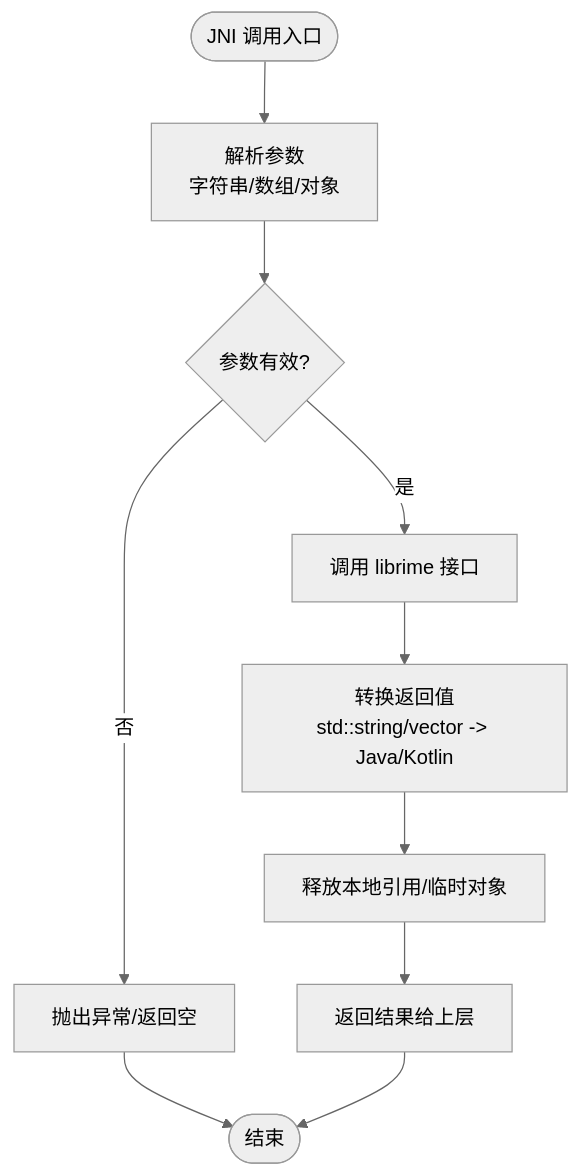
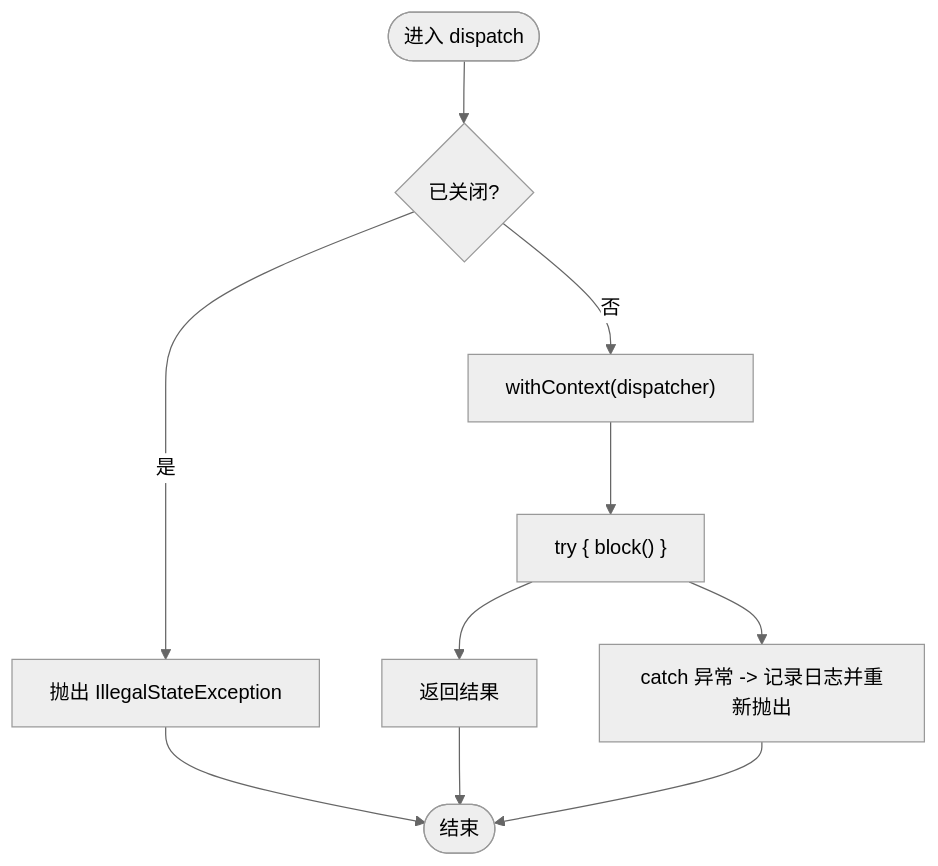
One commit to qiaodashaoye/ziyou-ime changed the fifth of 8 diagrams in .qoder/repowiki/zh/content/Rime 引擎集成/Rime 引擎集成.md. Above: the diagram before and after it, drawn with Mermaid (neutral theme). The commit also changed other lines of this file and 407 other files, not shown here.

````diff
--- a/.qoder/repowiki/zh/content/Rime 引擎集成/Rime 引擎集成.md
+++ b/.qoder/repowiki/zh/content/Rime 引擎集成/Rime 引擎集成.md
@@ -213,12 +312,12 @@
 ```mermaid
 flowchart TD
-Start(["JNI 调用入口"]) --> ParseArgs["解析参数<br/>字符串/数组/对象"]
-ParseArgs --> Validate{"参数有效?"}
-Validate --> |否| ThrowErr["抛出异常/返回空"]
-Validate --> |是| CallEngine["调用 librime 接口"]
-CallEngine --> Convert["转换返回值<br/>std::string/vector -> Java/Kotlin"]
-Convert --> Release["释放本地引用/临时对象"]
-Release --> Return["返回结果给上层"]
+Start(["进入 dispatch"]) --> CheckShutdown{"已关闭?"}
+CheckShutdown --> |是| ThrowErr["抛出 IllegalStateException"]
+CheckShutdown --> |否| WithCtx["withContext(dispatcher)"]
+WithCtx --> TryBlock["try { block() }"]
+TryBlock --> Success["返回结果"]
+TryBlock --> Catch["catch 异常 -> 记录日志并重新抛出"]
 ThrowErr --> End(["结束"])
-Return --> End
+Success --> End
+Catch --> End
 ```
````
